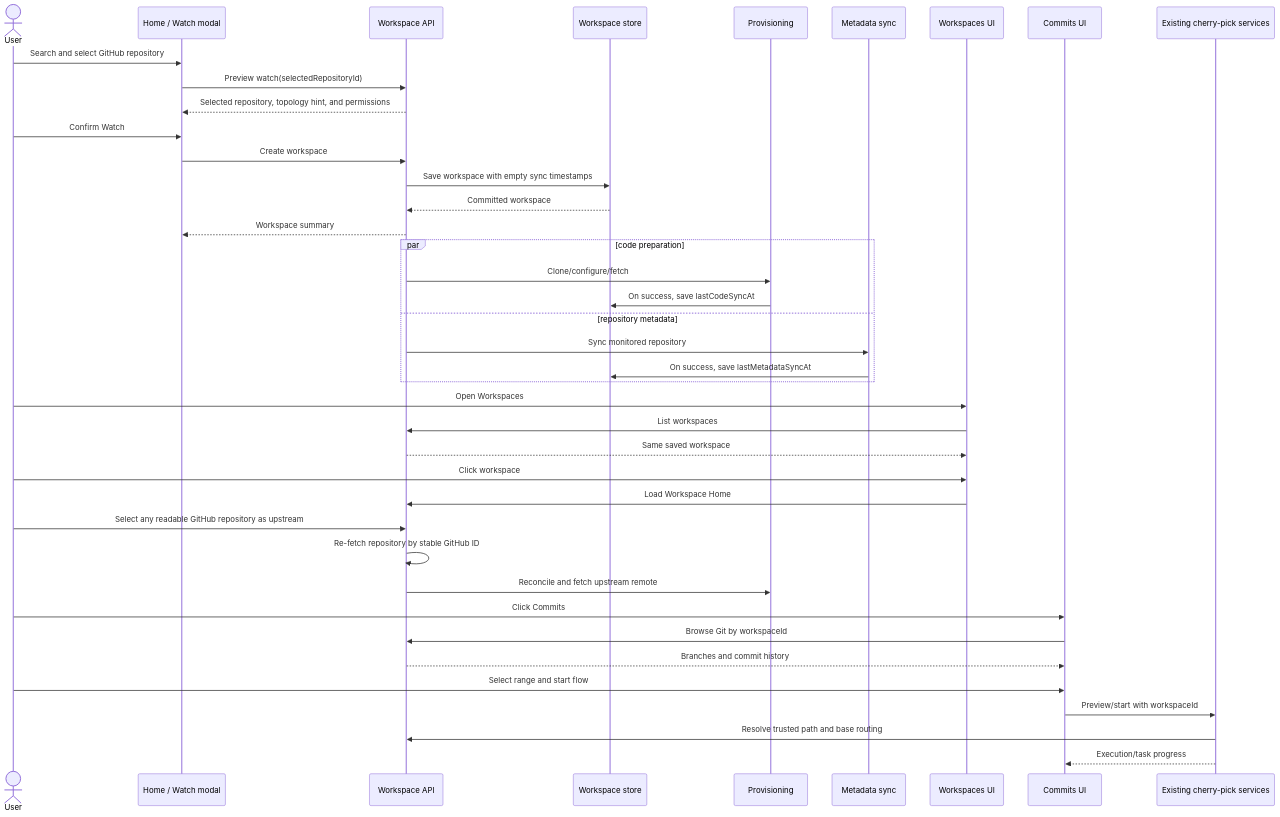
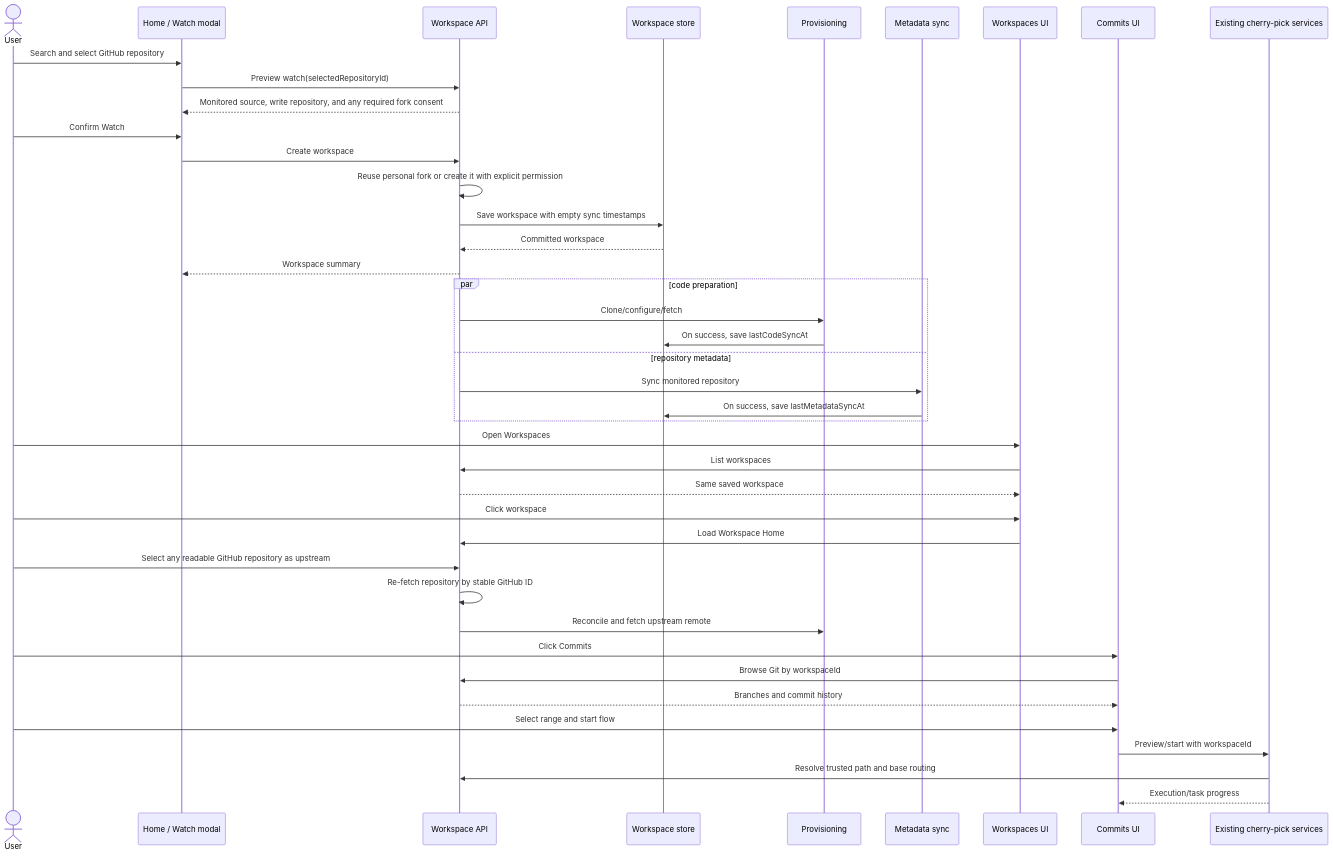
Before and after one commit to bytequay/bytequay: the diagram in docs/design/watched-repo.md, drawn with Mermaid. The commit also changed other lines of this file and 26 other files, not shown here.

````diff
--- a/docs/design/watched-repo.md
+++ b/docs/design/watched-repo.md
@@ -798,43 +819,44 @@
 ```mermaid
 sequenceDiagram
     actor User
     participant Home as Home / Watch modal
     participant API as Workspace API
     participant DB as Workspace store
     participant Provision as Provisioning
     participant Metadata as Metadata sync
     participant Workspaces as Workspaces UI
     participant Commits as Commits UI
     participant CherryPick as Existing cherry-pick services
 
     User->>Home: Search and select GitHub repository
     Home->>API: Preview watch(selectedRepositoryId)
-    API-->>Home: Selected repository, topology hint, and permissions
+    API-->>Home: Monitored source, write repository, and any required fork consent
     User->>Home: Confirm Watch
     Home->>API: Create workspace
+    API->>API: Reuse personal fork or create it with explicit permission
     API->>DB: Save workspace with empty sync timestamps
     DB-->>API: Committed workspace
     API-->>Home: Workspace summary
     par code preparation
         API->>Provision: Clone/configure/fetch
         Provision->>DB: On success, save lastCodeSyncAt
     and repository metadata
         API->>Metadata: Sync monitored repository
         Metadata->>DB: On success, save lastMetadataSyncAt
     end
     User->>Workspaces: Open Workspaces
     Workspaces->>API: List workspaces
     API-->>Workspaces: Same saved workspace
     User->>Workspaces: Click workspace
     Workspaces->>API: Load Workspace Home
     User->>API: Select any readable GitHub repository as upstream
     API->>API: Re-fetch repository by stable GitHub ID
     API->>Provision: Reconcile and fetch upstream remote
     User->>Commits: Click Commits
     Commits->>API: Browse Git by workspaceId
     API-->>Commits: Branches and commit history
     User->>Commits: Select range and start flow
     Commits->>CherryPick: Preview/start with workspaceId
     CherryPick->>API: Resolve trusted path and base routing
     CherryPick-->>Commits: Execution/task progress
 ```
````
